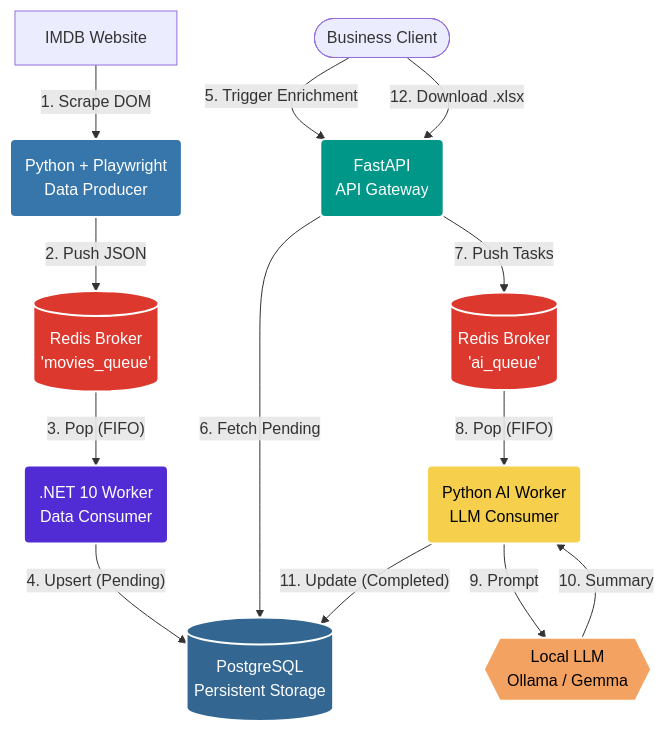
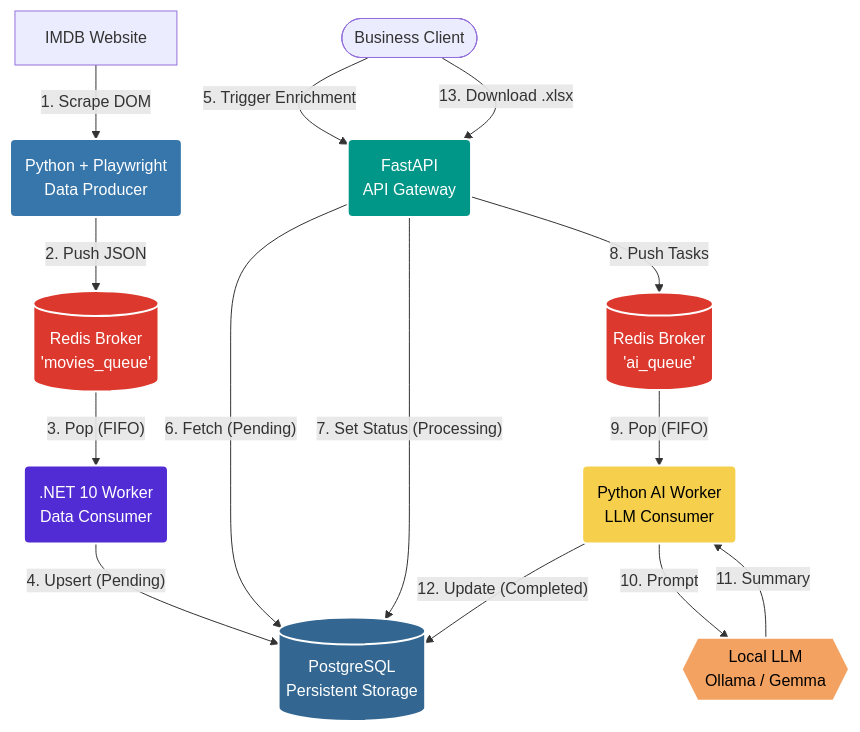
One commit to Legon2k/imdb-ai-pipeline changed the diagram in README.md. Above: the diagram before and after it, drawn with Mermaid. The commit also changed other lines of this file, not shown here.

Commit message:
docs: add 'processing' state transition to architecture diagram

````diff
--- a/README.md
+++ b/README.md
@@ -9,40 +9,41 @@
 ```mermaid
 graph TD
     %% Define Nodes
     Client([Business Client])
     IMDB[IMDB Website]
     Scraper(Python + Playwright<br/>Data Producer)
     RedisMovies[(Redis Broker<br/>'movies_queue')]
     WorkerNET(.NET 10 Worker<br/>Data Consumer)
     DB[(PostgreSQL<br/>Persistent Storage)]
     API(FastAPI<br/>API Gateway)
     RedisAI[(Redis Broker<br/>'ai_queue')]
     WorkerAI(Python AI Worker<br/>LLM Consumer)
     LLM{{Local LLM<br/>Ollama / Gemma}}
 
     %% Define Flow
     IMDB -- 1. Scrape DOM --> Scraper
     Scraper -- 2. Push JSON --> RedisMovies
     RedisMovies -- 3. Pop (FIFO) --> WorkerNET
     WorkerNET -- 4. Upsert (Pending) --> DB
     
     Client -- 5. Trigger Enrichment --> API
-    API -- 6. Fetch Pending --> DB
-    API -- 7. Push Tasks --> RedisAI
-    RedisAI -- 8. Pop (FIFO) --> WorkerAI
-    WorkerAI -- 9. Prompt --> LLM
-    LLM -- 10. Summary --> WorkerAI
-    WorkerAI -- 11. Update (Completed) --> DB
+    API -- 6. Fetch (Pending) --> DB
+    API -- 7. Set Status (Processing) --> DB
+    API -- 8. Push Tasks --> RedisAI
+    RedisAI -- 9. Pop (FIFO) --> WorkerAI
+    WorkerAI -- 10. Prompt --> LLM
+    LLM -- 11. Summary --> WorkerAI
+    WorkerAI -- 12. Update (Completed) --> DB
     
-    Client -- 12. Download .xlsx --> API
+    Client -- 13. Download .xlsx --> API
 
     %% Styling
     style Scraper fill:#3776ab,stroke:#fff,stroke-width:2px,color:#fff
     style RedisMovies fill:#dc382d,stroke:#fff,stroke-width:2px,color:#fff
     style RedisAI fill:#dc382d,stroke:#fff,stroke-width:2px,color:#fff
     style WorkerNET fill:#512bd4,stroke:#fff,stroke-width:2px,color:#fff
     style DB fill:#336791,stroke:#fff,stroke-width:2px,color:#fff
     style API fill:#009688,stroke:#fff,stroke-width:2px,color:#fff
     style WorkerAI fill:#f6d04d,stroke:#fff,stroke-width:2px,color:#000
     style LLM fill:#f4a261,stroke:#fff,stroke-width:2px,color:#000
 ```
````
